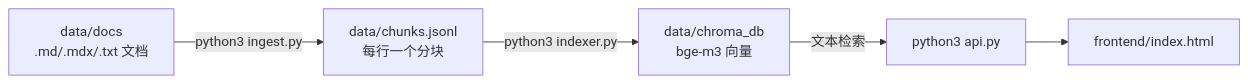
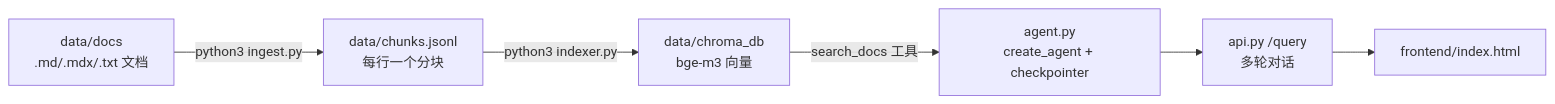
Before and after one commit to KodamaSakuno/langchain-rag-demo: the diagram in README.md, drawn with Mermaid. The commit also changed other lines of this file and 3 other files, not shown here.

````diff
--- a/README.md
+++ b/README.md
@@ -12,7 +12,8 @@
 ```mermaid
 graph LR
     A[data/docs<br/>.md/.mdx/.txt 文档] -->|python3 ingest.py| B[data/chunks.jsonl<br/>每行一个分块]
     B -->|python3 indexer.py| C[data/chroma_db<br/>bge-m3 向量]
-    C -->|文本检索| D[python3 api.py]
-    D --> E[frontend/index.html]
+    C -->|search_docs 工具| D[agent.py<br/>create_agent + checkpointer]
+    D --> E[api.py /query<br/>多轮对话]
+    E --> F[frontend/index.html]
 ```
````
